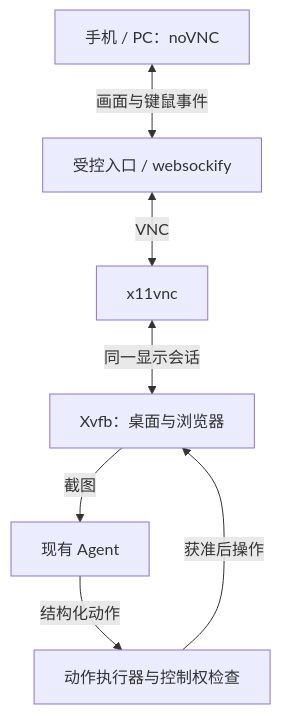
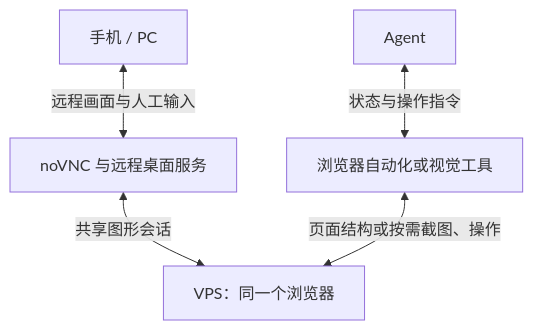
The diagram in profiles/default/content/zh/notes/chatgpt-dots-agent-harness-agent-codex-agent.mdx (Nunchakus888/dossierkit), drawn with Mermaid before and after one commit. The commit also changed other lines of this file, not shown here.

Commit message:
Update note: 给 AI Agent 一台能随时接管的电脑：开源方案与 VPS 实战

````diff
--- a/profiles/default/content/zh/notes/chatgpt-dots-agent-harness-agent-codex-agent.mdx
+++ b/profiles/default/content/zh/notes/chatgpt-dots-agent-harness-agent-codex-agent.mdx
@@ -39,9 +37,7 @@
 ```mermaid
 flowchart TB
-    H[手机 / PC：noVNC] <-->|画面与键鼠事件| G[受控入口 / websockify]
-    G <-->|VNC| V[x11vnc]
-    V <-->|同一显示会话| D[Xvfb：桌面与浏览器]
-    D -->|截图| A[现有 Agent]
-    A -->|结构化动作| E[动作执行器与控制权检查]
-    E -->|获准后操作| D
+    H[手机 / PC] <-->|远程画面与人工输入| R[noVNC 与远程桌面服务]
+    A[Agent] <-->|状态与操作指令| T[浏览器自动化或视觉工具]
+    R <-->|共享图形会话| B[VPS：同一个浏览器]
+    T <-->|页面结构或按需截图、操作| B
 ```
````
